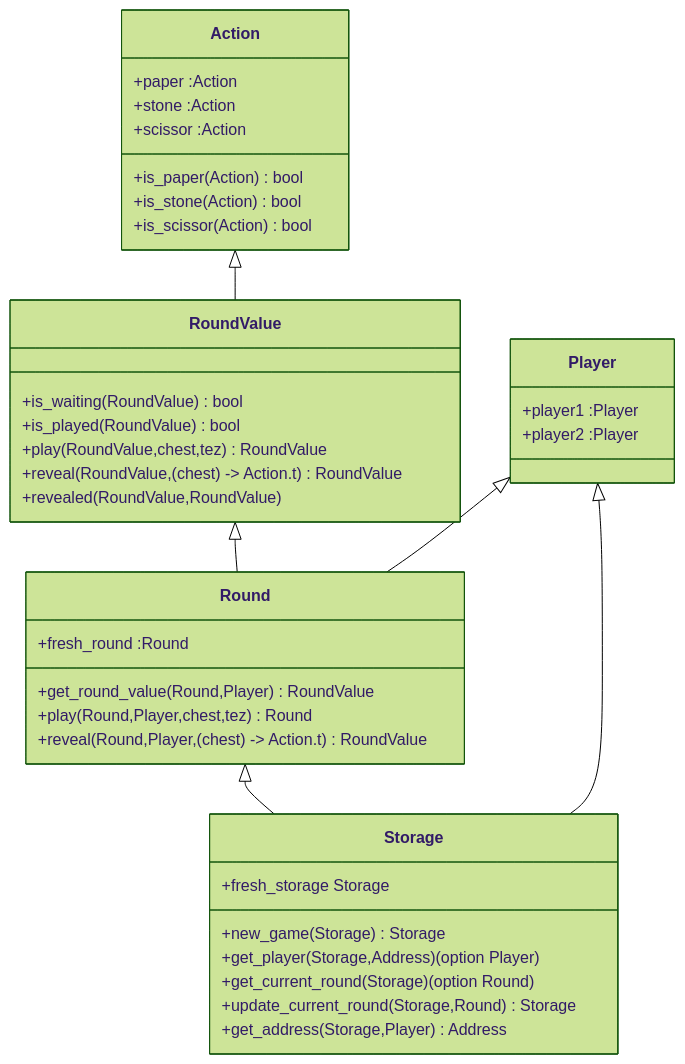
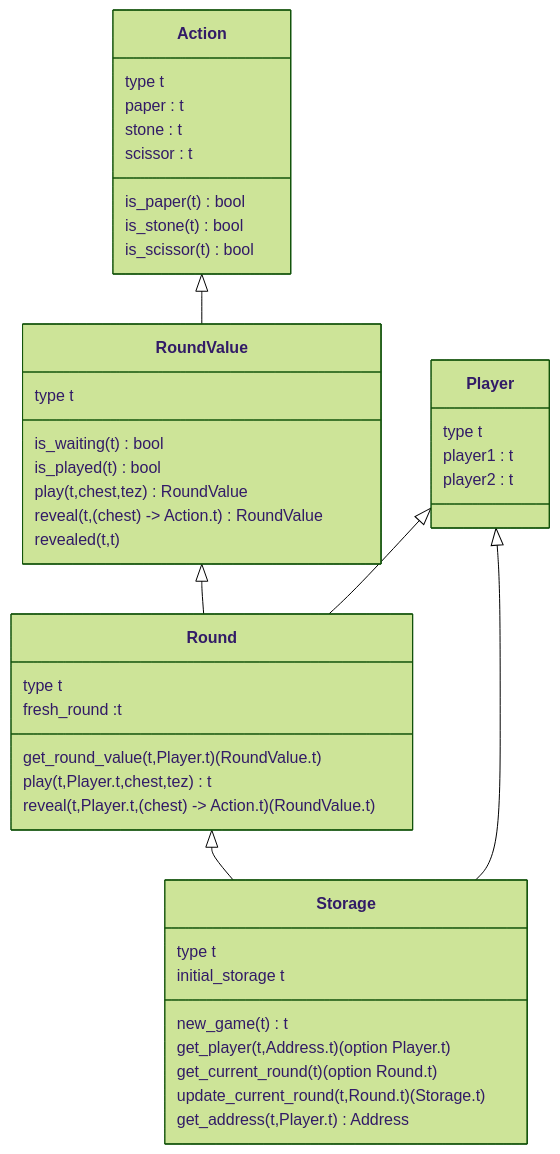
The fifth of 5 diagrams in v3/README.md (ligolang/jsligo-training-dapp-shifumi), drawn with Mermaid (forest theme) before and after one commit.

Commit message:
Documentation

````diff
--- a/v3/README.md
+++ b/v3/README.md
@@ -77,46 +77,51 @@
 ```mermaid
 classDiagram
     Action <|-- RoundValue
     RoundValue <|-- Round
     Round <|-- Storage
     Player <|-- Round
     Player <|-- Storage
 
     class Action{
-        +paper :Action
-        +stone :Action
-        +scissor :Action
-        +is_paper(Action) bool
-        +is_stone(Action) bool
-        +is_scissor(Action) bool
+         type t
+         paper : t
+         stone : t
+         scissor : t
+         is_paper(t) bool
+         is_stone(t) bool
+         is_scissor(t) bool
     }
             
     class Player{
-        +player1 :Player 
-        +player2 :Player
+         type t
+         player1 : t
+         player2 : t
     }
 
     class RoundValue{
-        +is_waiting(RoundValue) bool
-        +is_played(RoundValue) bool
-        +play(RoundValue,chest,tez) RoundValue
-        +reveal(RoundValue,(chest) -> Action.t) RoundValue
-        +revealed(RoundValue,RoundValue) 
+         type t
+         is_waiting(t) bool
+         is_played(t) bool
+         play(t,chest,tez) RoundValue
+         reveal(t,(chest) -> Action.t) RoundValue
+         revealed(t,t) 
     }
 
     class Round{
-        +fresh_round :Round
-        +get_round_value(Round,Player) RoundValue
-        +play(Round,Player,chest,tez) Round
-        +reveal(Round,Player,(chest) -> Action.t) RoundValue
+         type t
+         fresh_round :t
+         get_round_value(t,Player.t) (RoundValue.t)
+         play(t,Player.t,chest,tez) t
+         reveal(t,Player.t,(chest) -> Action.t) (RoundValue.t)
     }
 
     class Storage{
-        +fresh_storage Storage
-        +new_game(Storage) Storage
-        +get_player(Storage,Address) (option Player)
-        +get_current_round(Storage) (option Round)
-        +update_current_round(Storage,Round) Storage
-        +get_address(Storage,Player) Address
+         type t
+         initial_storage t
+         new_game(t) t
+         get_player(t,Address.t) (option Player.t)
+         get_current_round(t) (option Round.t)
+         update_current_round(t,Round.t) (Storage.t)
+         get_address(t,Player.t) Address
     }
 ```
````
